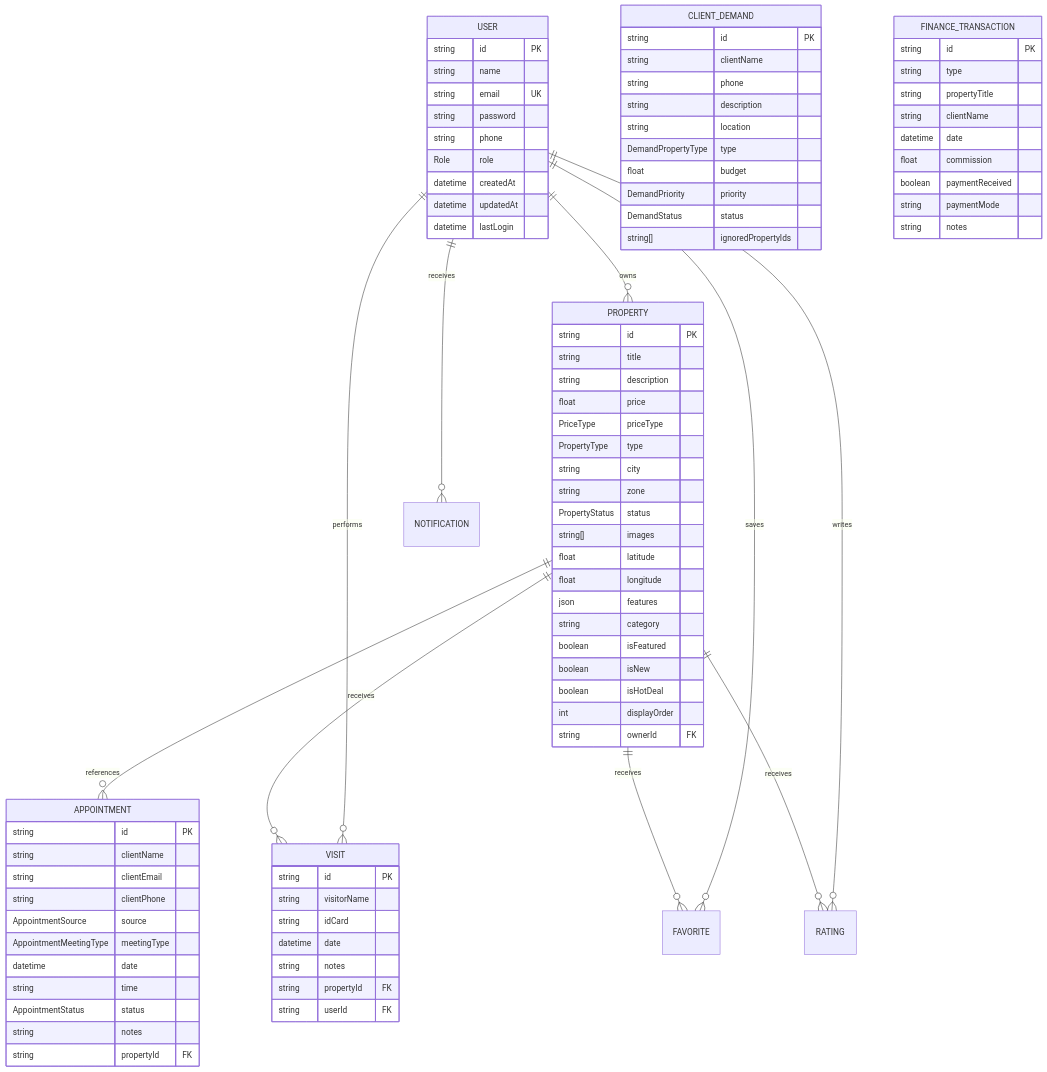
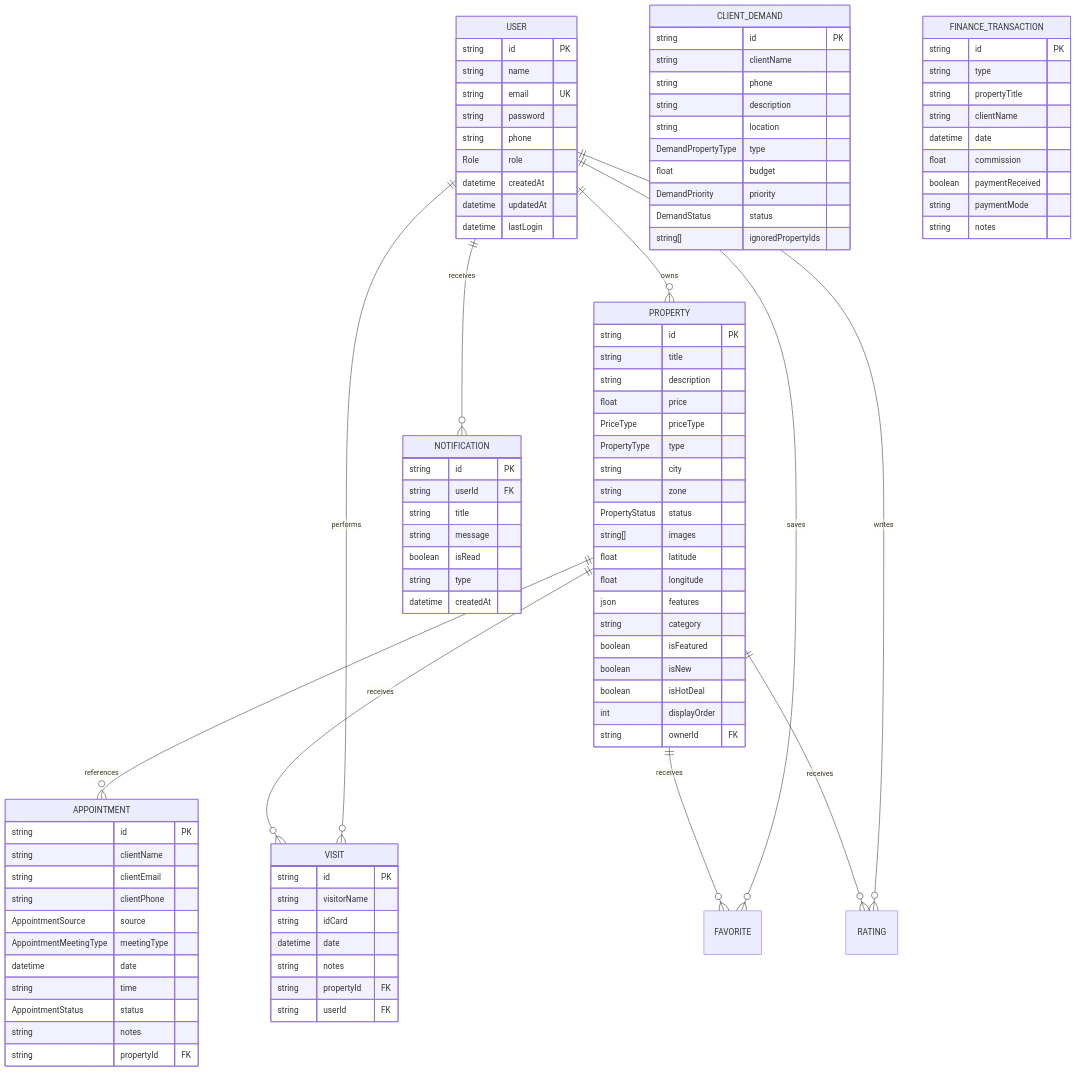
The diagram in PDR.md (aymentrabelsi389/LOOK-IMMO.TN), drawn with Mermaid before and after one commit. The commit also changed other lines of this file and 19 other files, not shown here.

````diff
--- a/PDR.md
+++ b/PDR.md
@@ -228,4 +263,14 @@
         string paymentMode
         string notes
     }
+
+    NOTIFICATION {
+        string id PK
+        string userId FK
+        string title
+        string message
+        boolean isRead
+        string type
+        datetime createdAt
+    }
 ```
````
